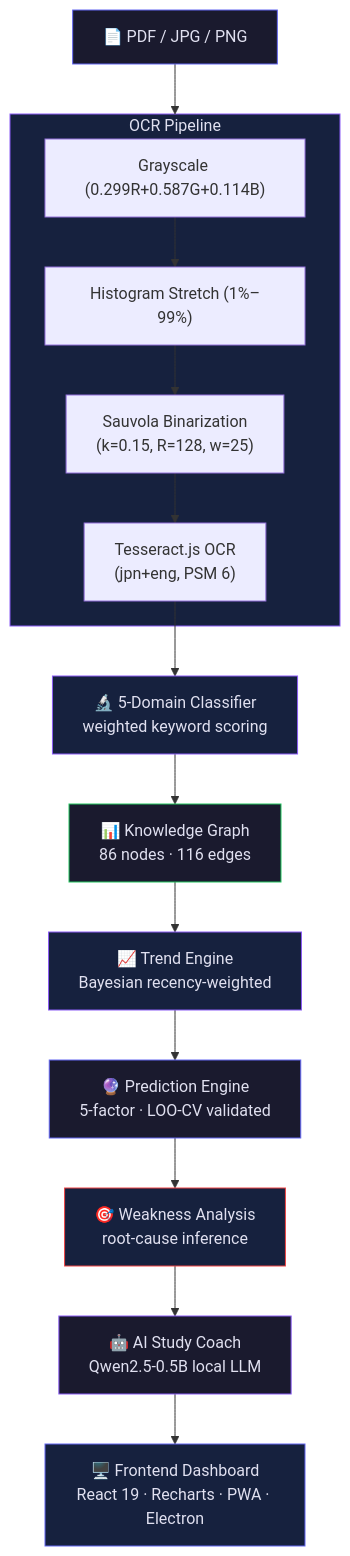
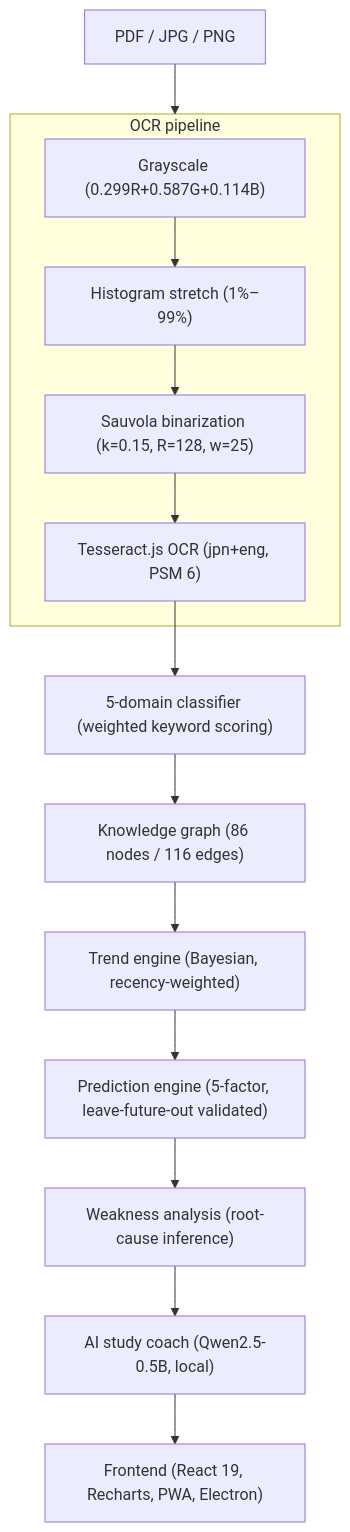
One commit to leekangmmin/EJUScore changed the first of 2 diagrams in README.md. Above: the diagram before and after it, drawn with Mermaid. The commit also changed other lines of this file and 25 other files, not shown here.

````diff
--- a/README.md
+++ b/README.md
@@ -76,31 +57,20 @@
 ```mermaid
 flowchart TD
-    A["📄 PDF / JPG / PNG"] --> B["🖼️ OCR Pipeline"]
+    A["PDF / JPG / PNG"] --> B["OCR pipeline"]
 
-    subgraph B ["OCR Pipeline"]
+    subgraph B ["OCR pipeline"]
         B1["Grayscale (0.299R+0.587G+0.114B)"]
-        B2["Histogram Stretch (1%–99%)"]
-        B3["Sauvola Binarization<br/>(k=0.15, R=128, w=25)"]
-        B4["Tesseract.js OCR<br/>(jpn+eng, PSM 6)"]
+        B2["Histogram stretch (1%–99%)"]
+        B3["Sauvola binarization (k=0.15, R=128, w=25)"]
+        B4["Tesseract.js OCR (jpn+eng, PSM 6)"]
         B1 --> B2 --> B3 --> B4
     end
 
-    B4 --> C["🔬 5-Domain Classifier<br/>weighted keyword scoring"]
-    C --> D["📊 Knowledge Graph<br/>86 nodes · 116 edges"]
-    D --> E["📈 Trend Engine<br/>Bayesian recency-weighted"]
-    E --> F["🔮 Prediction Engine<br/>5-factor · LOO-CV validated"]
-
-    F --> G["🎯 Weakness Analysis<br/>root-cause inference"]
-    G --> H["🤖 AI Study Coach<br/>Qwen2.5-0.5B local LLM"]
-    H --> I["🖥️ Frontend Dashboard<br/>React 19 · Recharts · PWA · Electron"]
-
-    style A fill:#1a1a2e,stroke:#6366f1,color:#e0e0f0
-    style B fill:#16213e,stroke:#8b5cf6,color:#e0e0f0
-    style C fill:#16213e,stroke:#8b5cf6,color:#e0e0f0
-    style D fill:#1a1a2e,stroke:#22c55e,color:#e0e0f0
-    style E fill:#16213e,stroke:#8b5cf6,color:#e0e0f0
-    style F fill:#1a1a2e,stroke:#6366f1,color:#e0e0f0
-    style G fill:#16213e,stroke:#ef4444,color:#e0e0f0
-    style H fill:#1a1a2e,stroke:#8b5cf6,color:#e0e0f0
-    style I fill:#16213e,stroke:#6366f1,color:#e0e0f0
+    B4 --> C["5-domain classifier (weighted keyword scoring)"]
+    C --> D["Knowledge graph (86 nodes / 116 edges)"]
+    D --> E["Trend engine (Bayesian, recency-weighted)"]
+    E --> F["Prediction engine (5-factor, leave-future-out validated)"]
+    F --> G["Weakness analysis (root-cause inference)"]
+    G --> H["AI study coach (Qwen2.5-0.5B, local)"]
+    H --> I["Frontend (React 19, Recharts, PWA, Electron)"]
 ```
````
